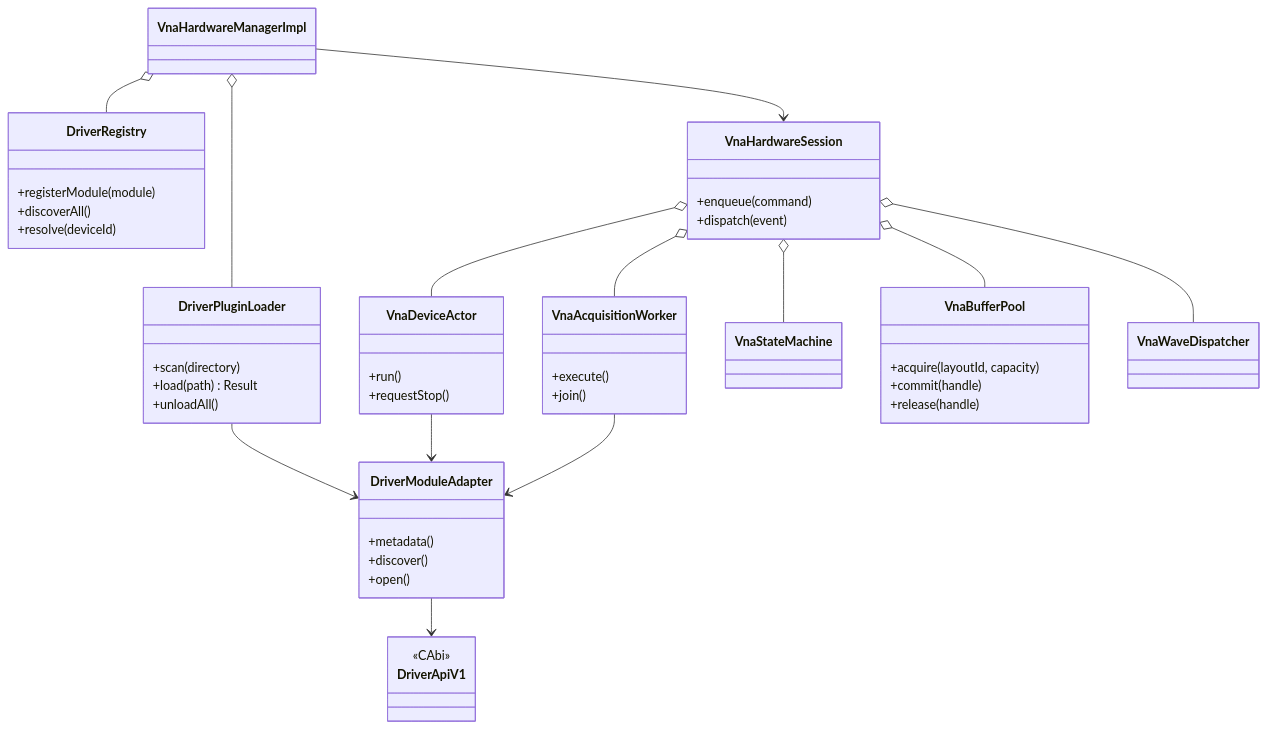
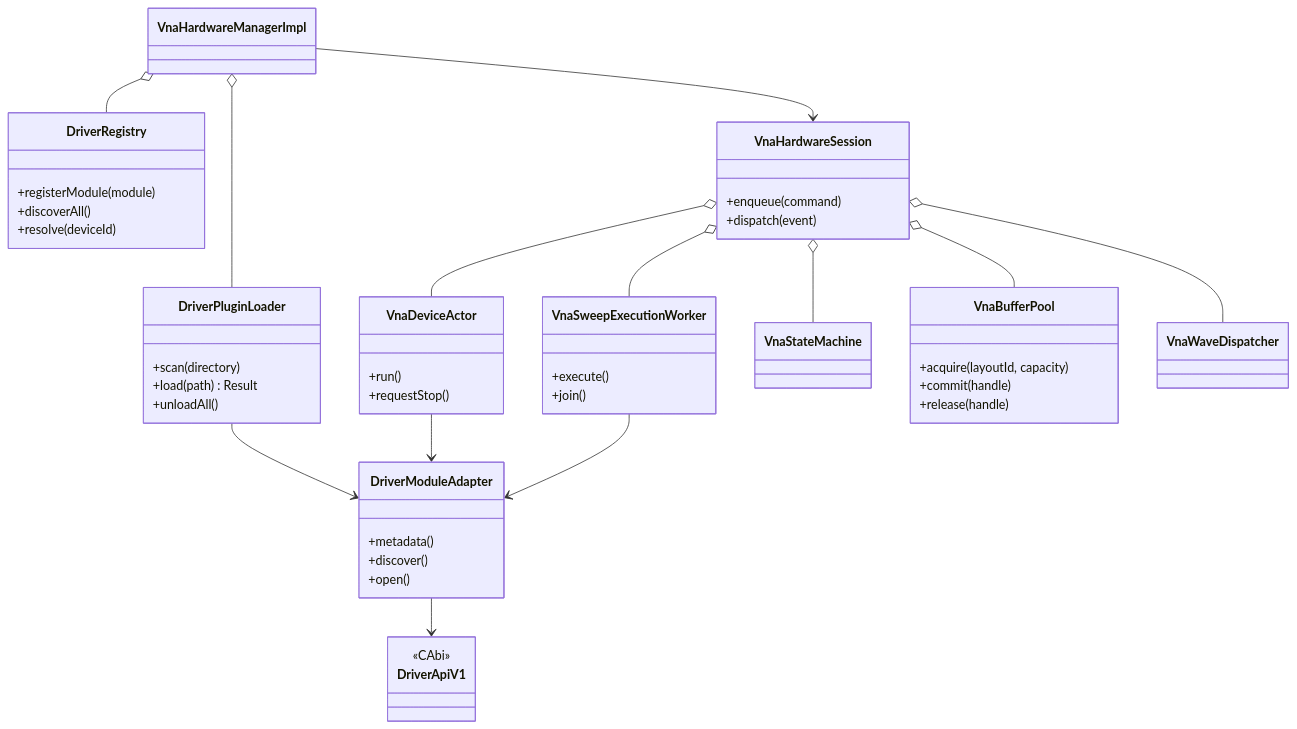
Before and after one commit to aniping/VnaPro: the fourth of 9 diagrams in docs/硬件适配层软件设计.md, drawn with Mermaid. The commit also changed other lines of this file and 3 other files, not shown here.

````diff
--- a/docs/硬件适配层软件设计.md
+++ b/docs/硬件适配层软件设计.md
@@ -441,54 +445,54 @@
 ```mermaid
 classDiagram
     class VnaHardwareManagerImpl
     class DriverPluginLoader {
         +scan(directory)
         +load(path) Result
         +unloadAll()
     }
     class DriverRegistry {
         +registerModule(module)
         +discoverAll()
         +resolve(deviceId)
     }
     class DriverModuleAdapter {
         +metadata()
         +discover()
         +open()
     }
     class VnaHardwareSession {
         +enqueue(command)
         +dispatch(event)
     }
     class VnaDeviceActor {
         +run()
         +requestStop()
     }
-    class VnaAcquisitionWorker {
+    class VnaSweepExecutionWorker {
         +execute()
         +join()
     }
     class VnaStateMachine
     class VnaBufferPool {
         +acquire(layoutId, capacity)
         +commit(handle)
         +release(handle)
     }
     class VnaWaveDispatcher
     class DriverApiV1 {
         <<CAbi>>
     }
 
     VnaHardwareManagerImpl o-- DriverPluginLoader
     VnaHardwareManagerImpl o-- DriverRegistry
     DriverPluginLoader --> DriverModuleAdapter
     DriverModuleAdapter --> DriverApiV1
     VnaHardwareManagerImpl --> VnaHardwareSession
     VnaHardwareSession o-- VnaDeviceActor
-    VnaHardwareSession o-- VnaAcquisitionWorker
+    VnaHardwareSession o-- VnaSweepExecutionWorker
     VnaHardwareSession o-- VnaStateMachine
     VnaHardwareSession o-- VnaBufferPool
     VnaHardwareSession o-- VnaWaveDispatcher
     VnaDeviceActor --> DriverModuleAdapter
-    VnaAcquisitionWorker --> DriverModuleAdapter
+    VnaSweepExecutionWorker --> DriverModuleAdapter
 ```
````
